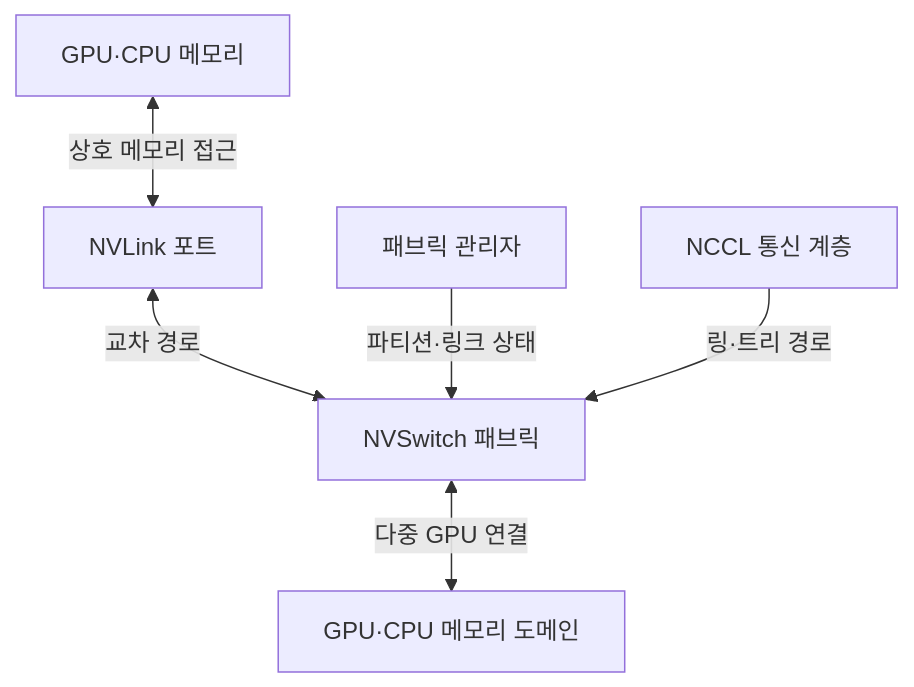
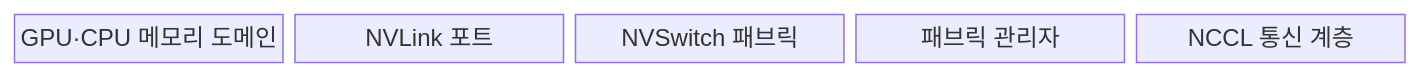
Before and after one commit to agnusdei1207/knowledge-base: the first of 2 diagrams in src/content/docs/notes/04-network/105_nvlink.md, drawn with Mermaid. The commit also changed other lines of this file and 21 other files, not shown here.

````diff
--- a/src/content/docs/notes/04-network/105_nvlink.md
+++ b/src/content/docs/notes/04-network/105_nvlink.md
@@ -57,8 +56,9 @@
 ```mermaid
-flowchart TB
-    A["GPU·CPU 메모리"] <-->|상호 메모리 접근| B["NVLink 포트"]
-    B <-->|교차 경로| C["NVSwitch 패브릭"]
-    C <-->|다중 GPU 연결| D["GPU·CPU 메모리 도메인"]
-    E["패브릭 관리자"] -->|파티션·링크 상태| C
-    F["NCCL 통신 계층"] -->|링·트리 경로| C
+block-beta
+    columns 5
+    A["GPU·CPU 메모리 도메인"]
+    B["NVLink 포트"]
+    C["NVSwitch 패브릭"]
+    D["패브릭 관리자"]
+    E["NCCL 통신 계층"]
 ```
````
